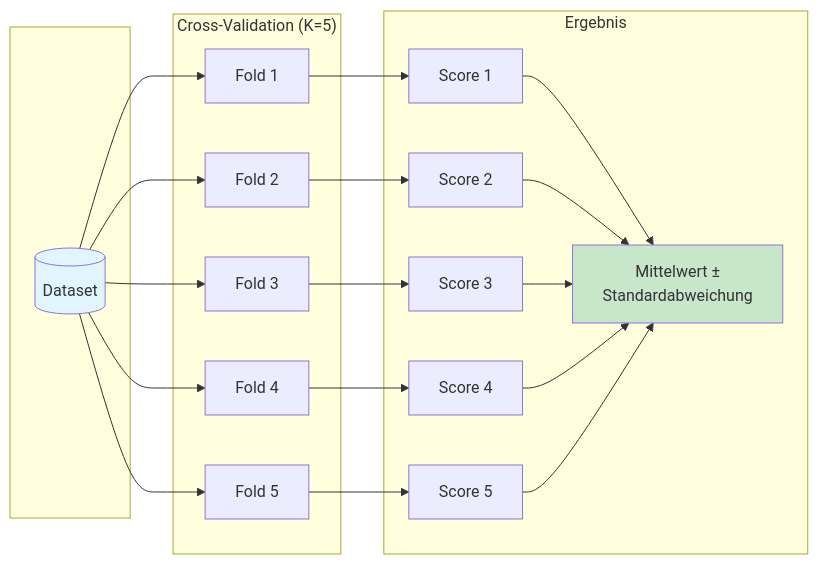
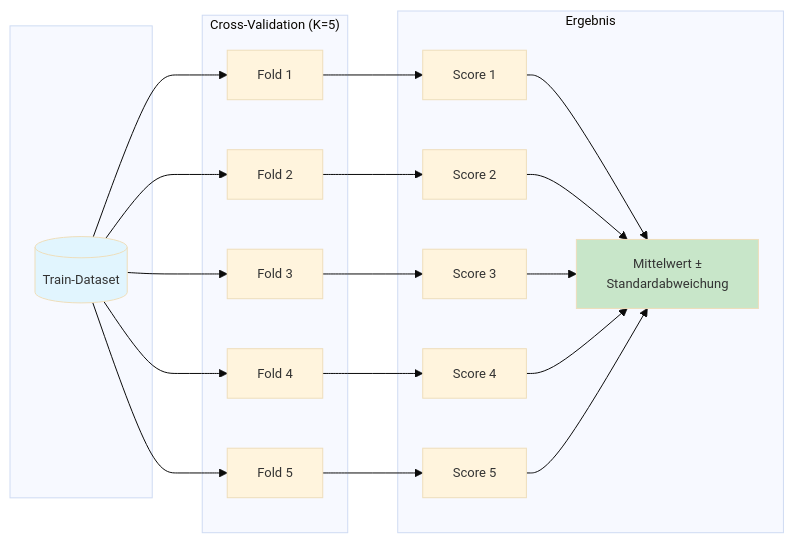
One commit to ralf-42/ML_Intro changed the first of 9 diagrams in docs/concepts/evaluate/cross_validation.md. Above: the diagram before and after it, drawn with Mermaid. The commit also changed other lines of this file and 24 other files, not shown here.

````diff
--- a/docs/concepts/evaluate/cross_validation.md
+++ b/docs/concepts/evaluate/cross_validation.md
@@ -23,30 +24,31 @@
 ```mermaid
+%%{init: {'theme': 'base', 'themeVariables': {'fontSize': '13px'}}}%%
 flowchart LR
     subgraph input[" "]
-        D[("Dataset")]
+        D[("Train-Dataset")]
     end
     
     subgraph cv["Cross-Validation (K=5)"]
         D --> F1["Fold 1"]
         D --> F2["Fold 2"]
         D --> F3["Fold 3"]
         D --> F4["Fold 4"]
         D --> F5["Fold 5"]
     end
     
     subgraph result["Ergebnis"]
         F1 --> S["Score 1"]
         F2 --> S2["Score 2"]
         F3 --> S3["Score 3"]
         F4 --> S4["Score 4"]
         F5 --> S5["Score 5"]
         S --> M["Mittelwert ±<br/>Standardabweichung"]
         S2 --> M
         S3 --> M
         S4 --> M
         S5 --> M
     end
     
     style D fill:#e1f5fe
     style M fill:#c8e6c9
 ```
````
